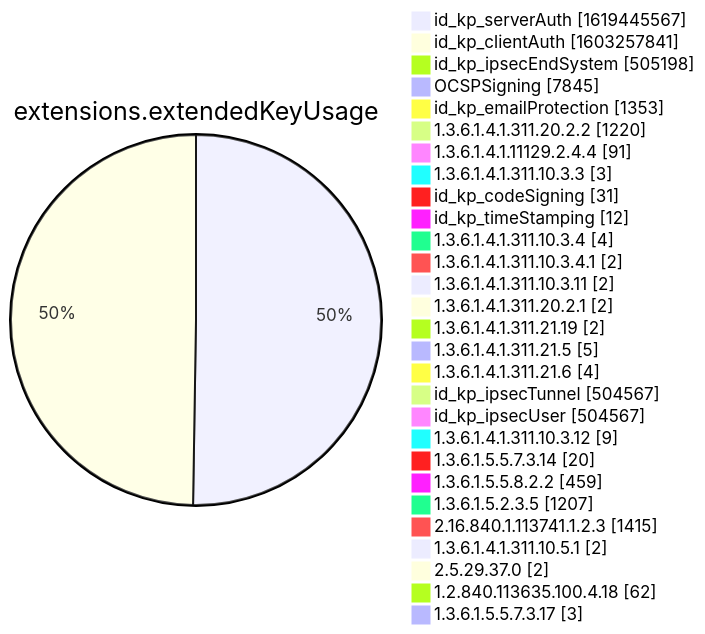
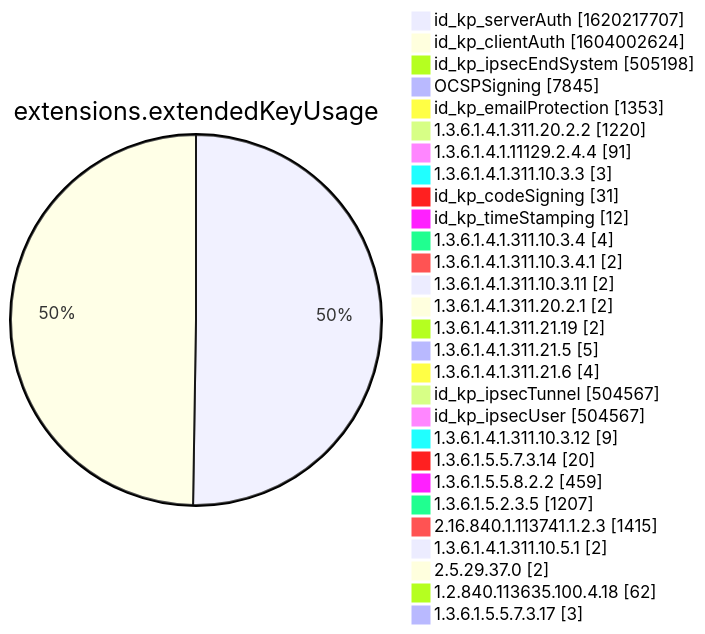
One commit to christiankrug/ctmonitor_visualization changed diagram 12 of 15 in xenon2022/README.md. Above: the diagram before and after it, drawn with Mermaid. The commit also changed other lines of this file, not shown here.

````diff
--- a/xenon2022/README.md
+++ b/xenon2022/README.md
@@ -3885,32 +3886,32 @@
 ```mermaid
 pie showData
 title extensions.extendedKeyUsage
-"id_kp_serverAuth" :1619445567
-"id_kp_clientAuth" :1603257841
+"id_kp_serverAuth" :1620217707
+"id_kp_clientAuth" :1604002624
 "id_kp_ipsecEndSystem" :505198
 "OCSPSigning" :7845
 "id_kp_emailProtection" :1353
 "1.3.6.1.4.1.311.20.2.2" :1220
 "1.3.6.1.4.1.11129.2.4.4" :91
 "1.3.6.1.4.1.311.10.3.3" :3
 "id_kp_codeSigning" :31
 "id_kp_timeStamping" :12
 "1.3.6.1.4.1.311.10.3.4" :4
 "1.3.6.1.4.1.311.10.3.4.1" :2
 "1.3.6.1.4.1.311.10.3.11" :2
 "1.3.6.1.4.1.311.20.2.1" :2
 "1.3.6.1.4.1.311.21.19" :2
 "1.3.6.1.4.1.311.21.5" :5
 "1.3.6.1.4.1.311.21.6" :4
 "id_kp_ipsecTunnel" :504567
 "id_kp_ipsecUser" :504567
 "1.3.6.1.4.1.311.10.3.12" :9
 "1.3.6.1.5.5.7.3.14" :20
 "1.3.6.1.5.5.8.2.2" :459
 "1.3.6.1.5.2.3.5" :1207
 "2.16.840.1.113741.1.2.3" :1415
 "1.3.6.1.4.1.311.10.5.1" :2
 "2.5.29.37.0" :2
 "1.2.840.113635.100.4.18" :62
 "1.3.6.1.5.5.7.3.17" :3
 ```
````
